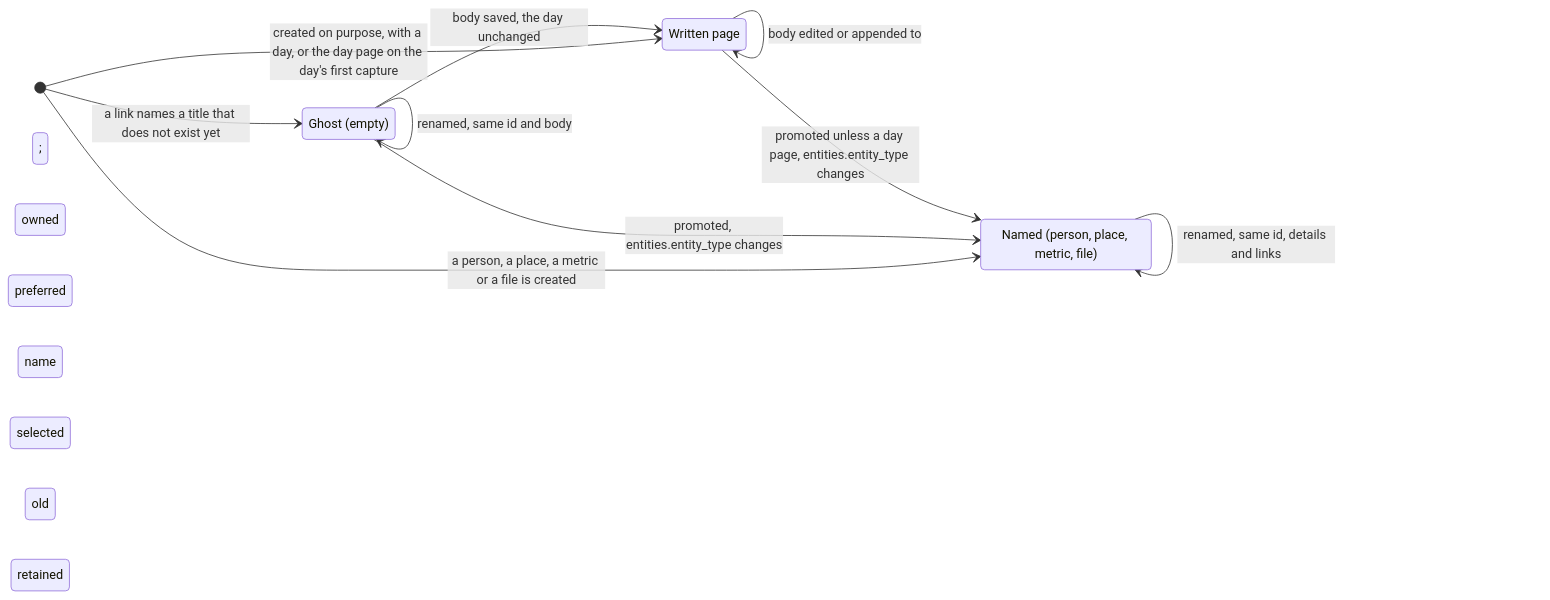
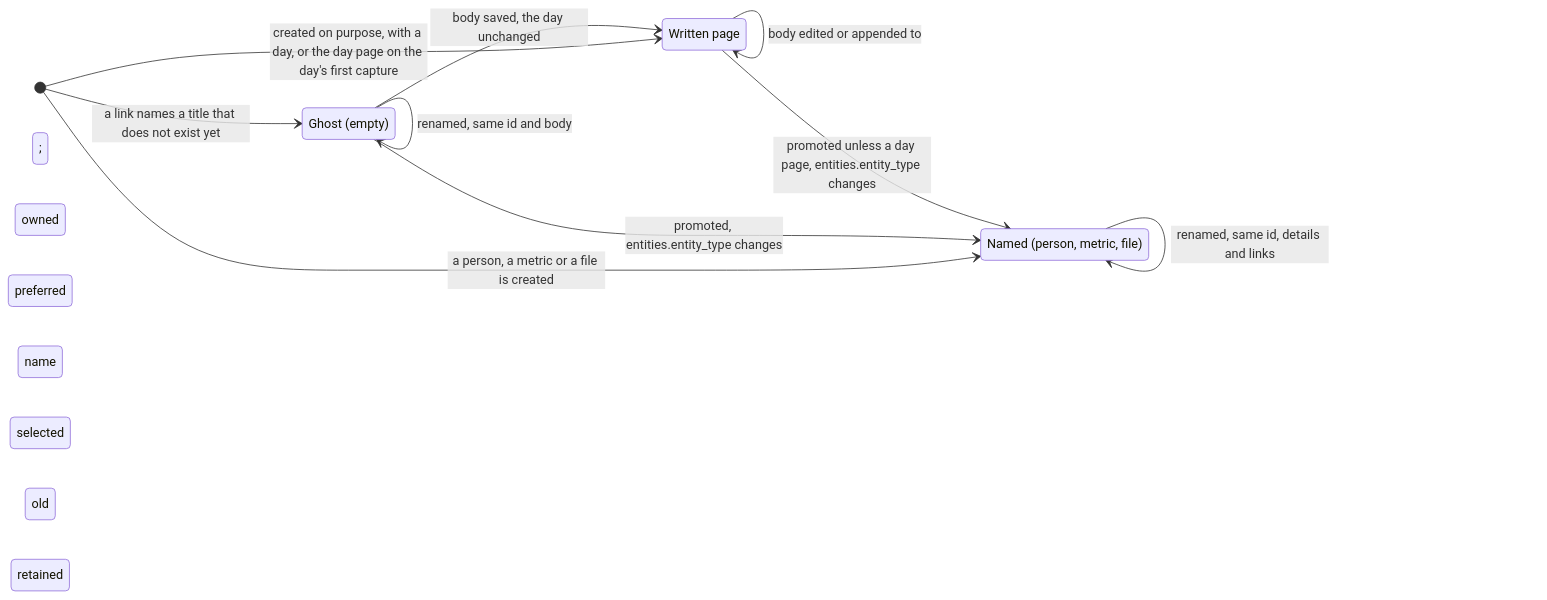
One commit to alexradunet/lifelogdb changed the diagram in docs/architecture/page-lifecycle.md. Above: the diagram before and after it, drawn with Mermaid. The commit also changed other lines of this file and 47 other files, not shown here.

````diff
--- a/docs/architecture/page-lifecycle.md
+++ b/docs/architecture/page-lifecycle.md
@@ -8,17 +8,17 @@
 ```mermaid
 %% diagram: page-life
 stateDiagram-v2
     direction LR
     state "Ghost (empty)" as Ghost
     state "Written page" as Written
-    state "Named (person, place, metric, file)" as Named
+    state "Named (person, metric, file)" as Named
     [*] --> Ghost: a link names a title that does not exist yet
     [*] --> Written: created on purpose, with a day, or the day page on the day's first capture
-    [*] --> Named: a person, a place, a metric or a file is created
+    [*] --> Named: a person, a metric or a file is created
     Ghost --> Written: body saved, the day unchanged
     Ghost --> Named: promoted, entities.entity_type changes
     Written --> Named: promoted unless a day page, entities.entity_type changes
     Written --> Written: body edited or appended to; owned preferred name selected
     Ghost --> Ghost: renamed, same id and body; old owned name retained
     Named --> Named: renamed, same id, details and links; old owned name retained
 ```
````
